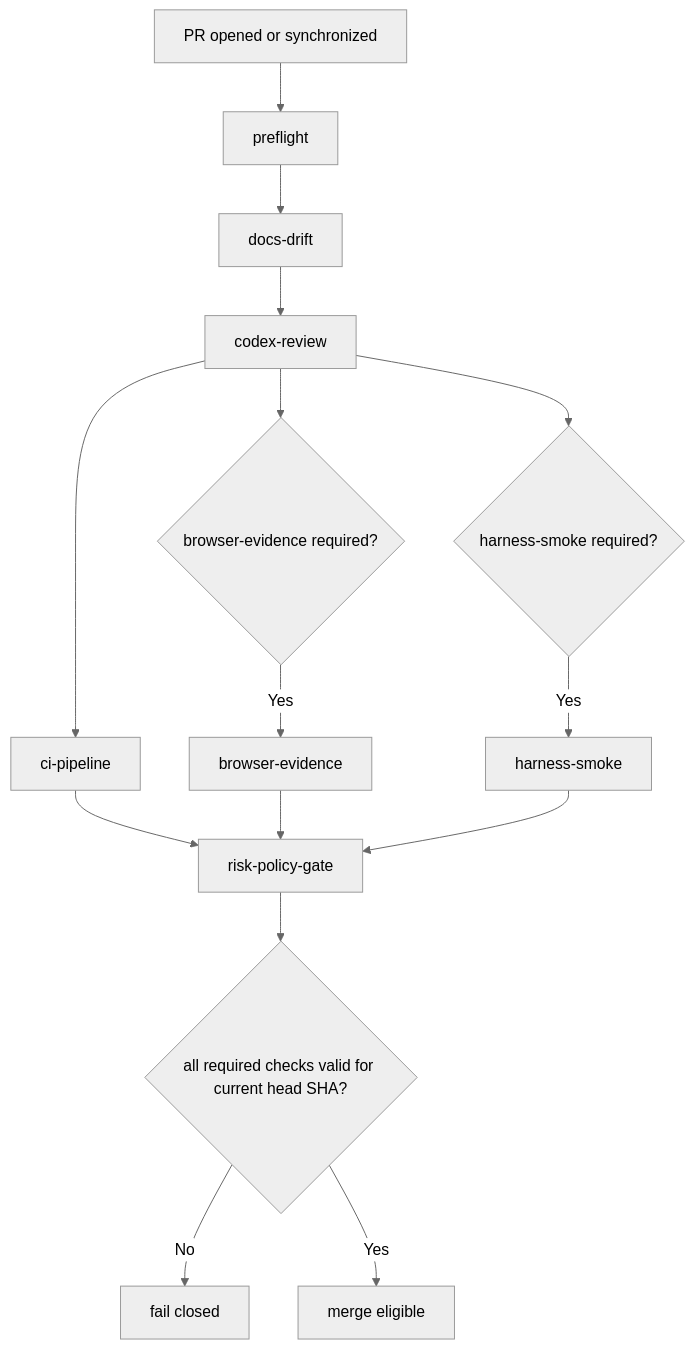
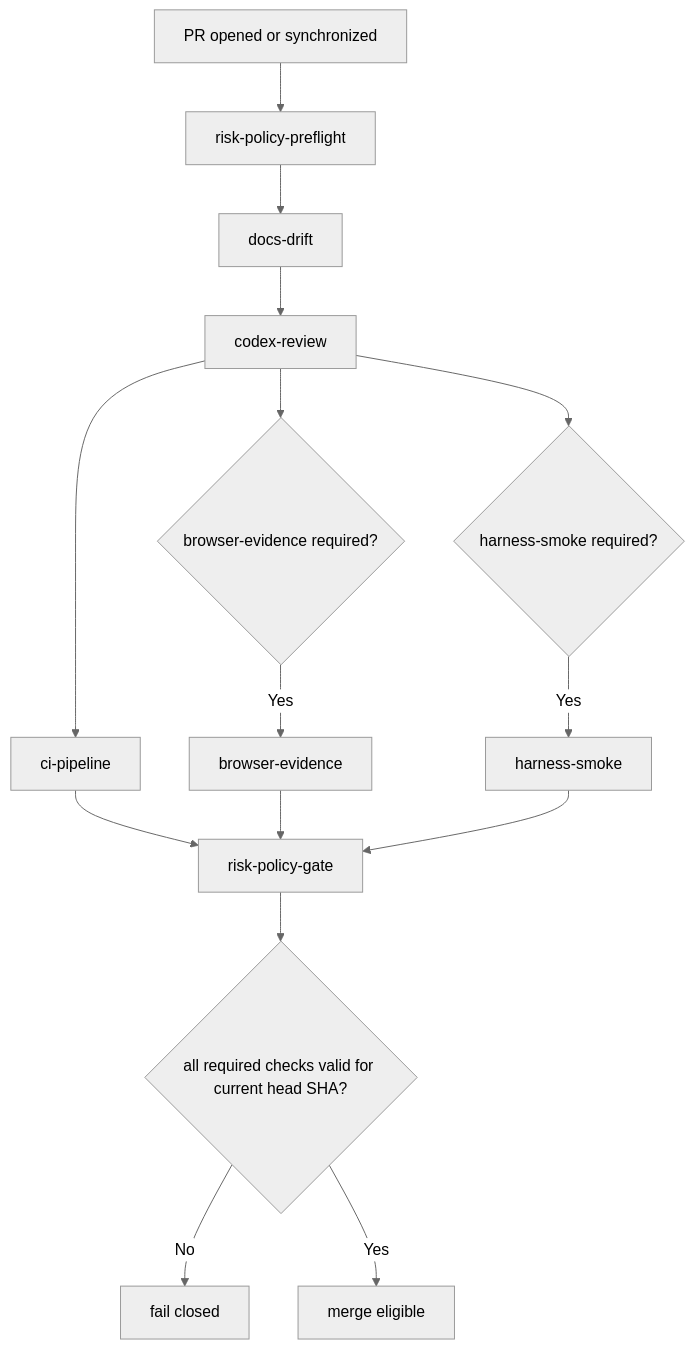
One commit to glcsolutions-ca/compass changed the diagram in docs/merge-policy.md. Above: the diagram before and after it, drawn with Mermaid (neutral theme). The commit also changed other lines of this file and 4 other files, not shown here.

````diff
--- a/docs/merge-policy.md
+++ b/docs/merge-policy.md
@@ -74,17 +74,17 @@
 ```mermaid
 flowchart TD
-  A["PR opened or synchronized"] --> B["preflight"]
+  A["PR opened or synchronized"] --> B["risk-policy-preflight"]
   B --> C["docs-drift"]
   C --> D["codex-review"]
   D --> E["ci-pipeline"]
   D --> F{"browser-evidence required?"}
   D --> G{"harness-smoke required?"}
   F -- Yes --> H["browser-evidence"]
   G -- Yes --> I["harness-smoke"]
   E --> J["risk-policy-gate"]
   H --> J
   I --> J
   J --> K{"all required checks valid for current head SHA?"}
   K -- No --> X["fail closed"]
   K -- Yes --> M["merge eligible"]
 ```
````
